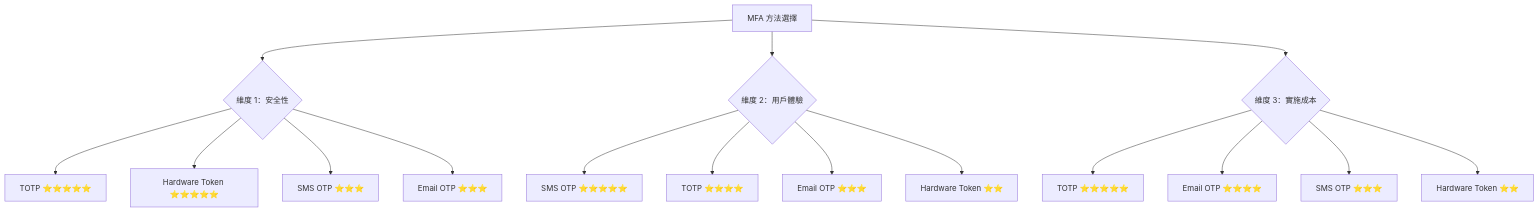
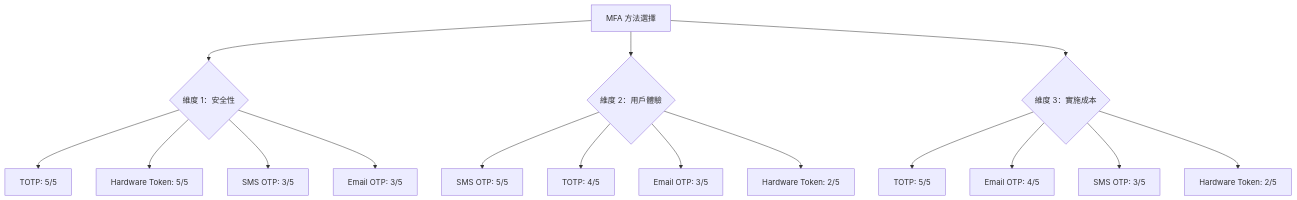
The first of 9 diagrams in docs/iGaming/05_Platform_Governance/05-06_MFA_Implementation.md (ron03wlb/smart-admin), drawn with Mermaid before and after one commit. The commit also changed other lines of this file and 12 other files, not shown here.

Commit message:
docs(iGaming): update risk control, architecture docs and add validation scripts

````diff
--- a/docs/iGaming/05_Platform_Governance/05-06_MFA_Implementation.md
+++ b/docs/iGaming/05_Platform_Governance/05-06_MFA_Implementation.md
@@ -230,21 +230,21 @@
 ```mermaid
 graph TD
     A[MFA 方法選擇] --> B{維度 1：安全性}
     A --> C{維度 2：用戶體驗}
     A --> D{維度 3：實施成本}
 
-    B --> B1[TOTP ⭐⭐⭐⭐⭐]
-    B --> B2[Hardware Token ⭐⭐⭐⭐⭐]
-    B --> B3[SMS OTP ⭐⭐⭐]
-    B --> B4[Email OTP ⭐⭐⭐]
+    B --> B1[TOTP: 5/5]
+    B --> B2[Hardware Token: 5/5]
+    B --> B3[SMS OTP: 3/5]
+    B --> B4[Email OTP: 3/5]
 
-    C --> C1[SMS OTP ⭐⭐⭐⭐⭐]
-    C --> C2[TOTP ⭐⭐⭐⭐]
-    C --> C3[Email OTP ⭐⭐⭐]
-    C --> C4[Hardware Token ⭐⭐]
+    C --> C1[SMS OTP: 5/5]
+    C --> C2[TOTP: 4/5]
+    C --> C3[Email OTP: 3/5]
+    C --> C4[Hardware Token: 2/5]
 
-    D --> D1[TOTP ⭐⭐⭐⭐⭐]
-    D --> D2[Email OTP ⭐⭐⭐⭐]
-    D --> D3[SMS OTP ⭐⭐⭐]
-    D --> D4[Hardware Token ⭐⭐]
+    D --> D1[TOTP: 5/5]
+    D --> D2[Email OTP: 4/5]
+    D --> D3[SMS OTP: 3/5]
+    D --> D4[Hardware Token: 2/5]
 ```
````
